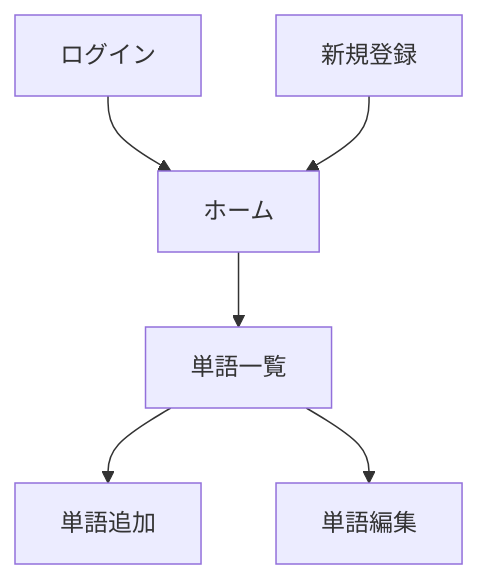
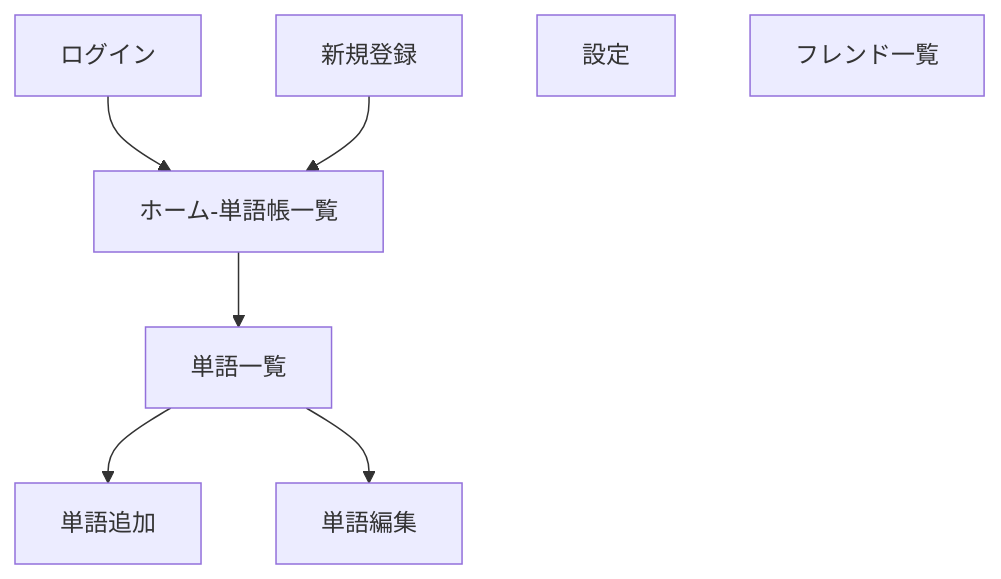
One commit to yuunomimi/co-wordbook changed the diagram in docs/screen.md. Above: the diagram before and after it, drawn with Mermaid. The commit also changed other lines of this file and 3 other files, not shown here.

````diff
--- a/docs/screen.md
+++ b/docs/screen.md
@@ -12,16 +14,18 @@
 ```mermaid
 flowchart TD
 
 Login[ログイン]
 Register[新規登録]
-Home[ホーム]
+Home[ホーム-単語帳一覧]
+Setting[設定]
+FriendList[フレンド一覧]
 WordList[単語一覧]
 AddWord[単語追加]
 EditWord[単語編集]
 
 Login --> Home
 Register --> Home
 Home --> WordList
 WordList --> AddWord
 WordList --> EditWord
 ```
````
